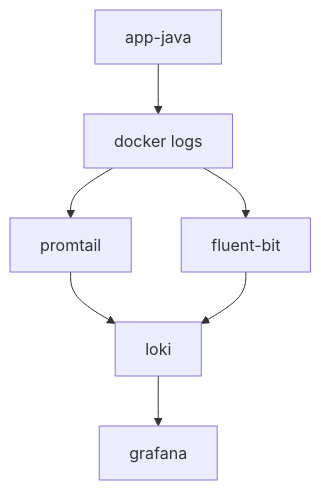
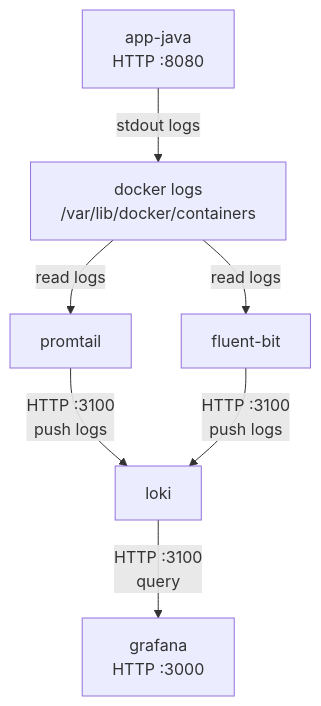
Before and after one commit to rugi/OTEL_Parte2: the diagram in Fase02-logs/final/README.md, drawn with Mermaid. The commit also changed other lines of this file, not shown here.

Commit message:
readme fase 02 final

````diff
--- a/Fase02-logs/final/README.md
+++ b/Fase02-logs/final/README.md
@@ -19,9 +19,13 @@
 ```mermaid
 graph TD
-A[app-java] --> B[docker logs]
-B --> C[promtail]
-B --> D[fluent-bit]
-C --> E[loki]
-D --> E[loki]
-E --> F[grafana]
+
+A[app-java<br/>HTTP :8080] -->|stdout logs| B[docker logs<br/>/var/lib/docker/containers]
+
+B -->|read logs| C[promtail]
+B -->|read logs| D[fluent-bit]
+
+C -->|HTTP :3100<br/>push logs| E[loki]
+D -->|HTTP :3100<br/>push logs| E[loki]
+
+E -->|HTTP :3100<br/>query| F[grafana<br/>HTTP :3000]
 ```
````
